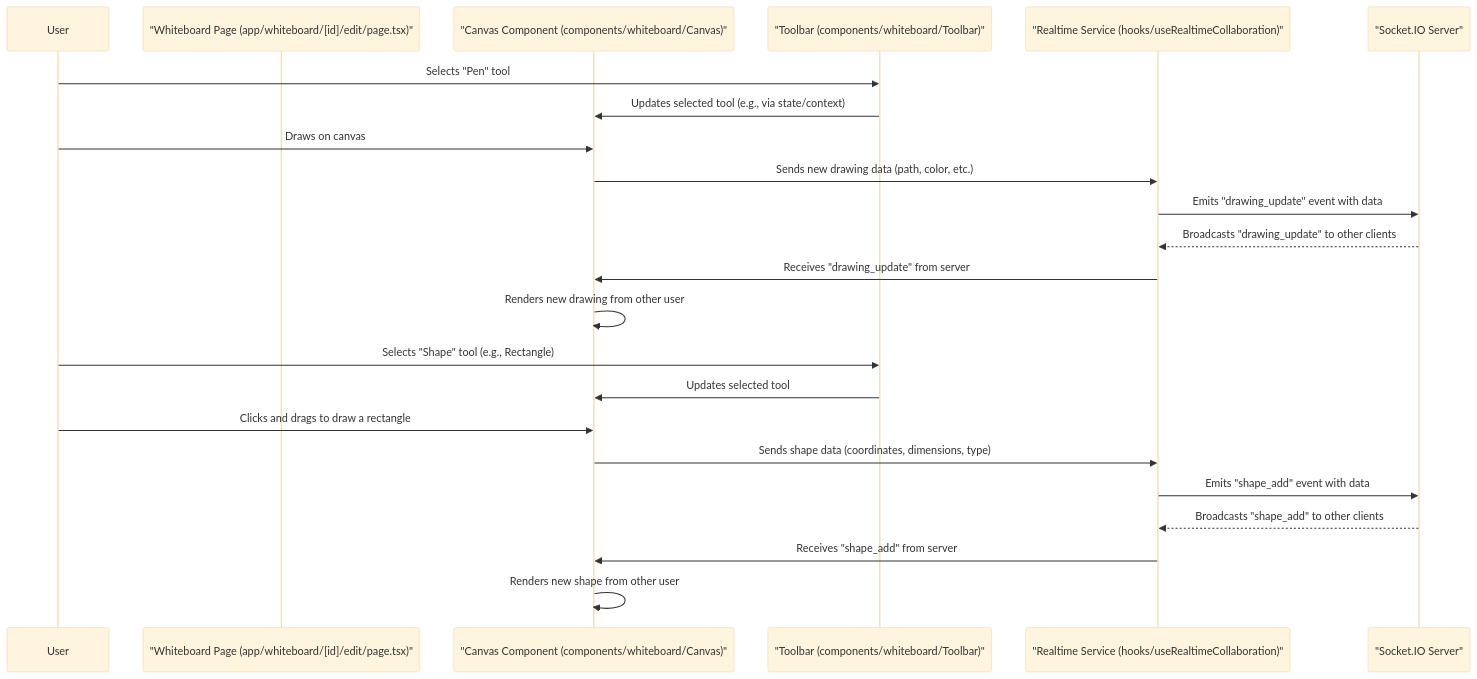
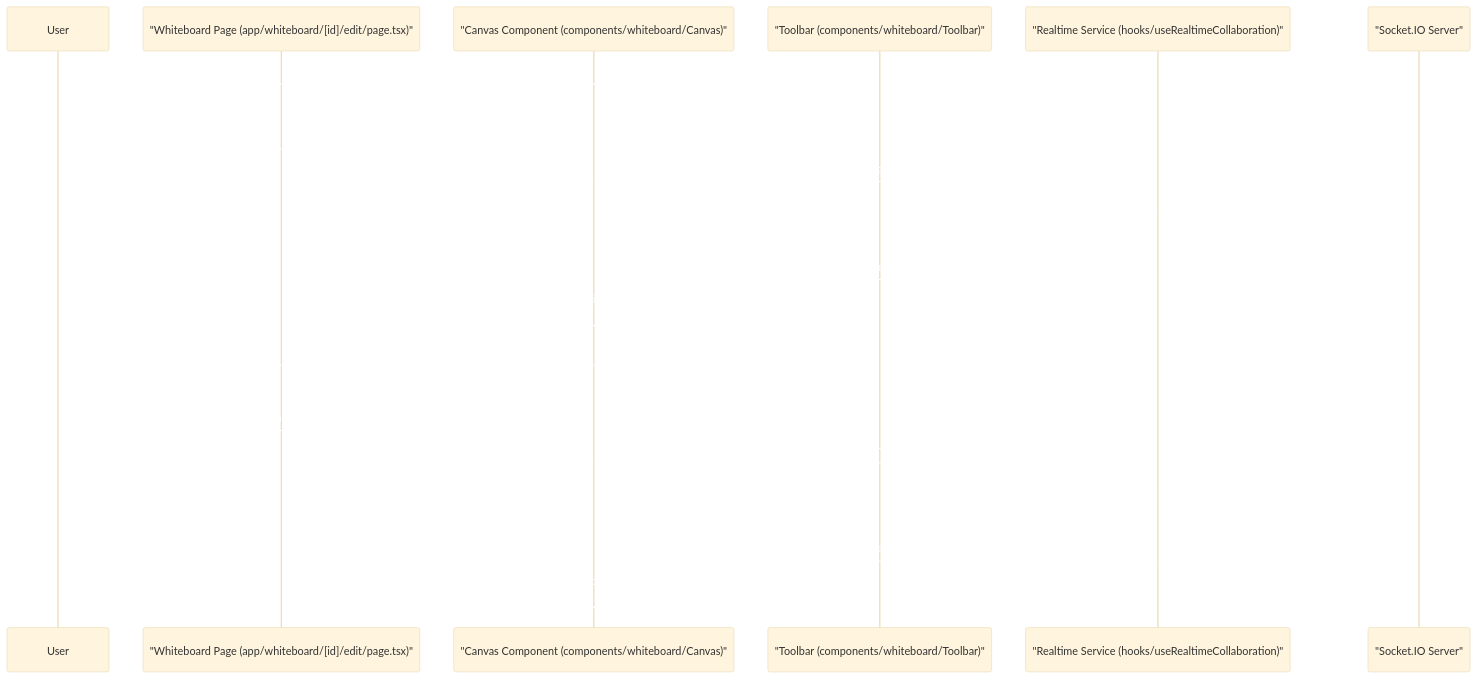
One commit to ItsRudraksh/canvasync changed the third of 6 diagrams in README.md. Above: the diagram before and after it, drawn with Mermaid. The commit also changed other lines of this file, not shown here.

Commit message:
Update README.md to enhance Mermaid diagram styling with text color

````diff
--- a/README.md
+++ b/README.md
@@ -302,28 +303,28 @@
 ```mermaid
-%%{init: {'theme': 'base', 'themeVariables': { 'fontSize': '16px'}}}%%
+%%{init: {'theme': 'base', 'themeVariables': { 'fontSize': '16px', 'textColor': '#FFFFFF'}}}%%
 sequenceDiagram
     participant User
     participant WhiteboardPage as "Whiteboard Page (app/whiteboard/[id]/edit/page.tsx)"
     participant Canvas as "Canvas Component (components/whiteboard/Canvas)"
     participant Toolbar as "Toolbar (components/whiteboard/Toolbar)"
     participant RealtimeService as "Realtime Service (hooks/useRealtimeCollaboration)"
     participant SocketIOServer as "Socket.IO Server"
 
     User->>Toolbar: Selects "Pen" tool
     Toolbar->>Canvas: Updates selected tool (e.g., via state/context)
     User->>Canvas: Draws on canvas
     Canvas->>RealtimeService: Sends new drawing data (path, color, etc.)
     RealtimeService->>SocketIOServer: Emits "drawing_update" event with data
     SocketIOServer-->>RealtimeService: Broadcasts "drawing_update" to other clients
     RealtimeService->>Canvas: Receives "drawing_update" from server
     Canvas->>Canvas: Renders new drawing from other user
 
     User->>Toolbar: Selects "Shape" tool (e.g., Rectangle)
     Toolbar->>Canvas: Updates selected tool
     User->>Canvas: Clicks and drags to draw a rectangle
     Canvas->>RealtimeService: Sends shape data (coordinates, dimensions, type)
     RealtimeService->>SocketIOServer: Emits "shape_add" event with data
     SocketIOServer-->>RealtimeService: Broadcasts "shape_add" to other clients
     RealtimeService->>Canvas: Receives "shape_add" from server
     Canvas->>Canvas: Renders new shape from other user
 ```
````
